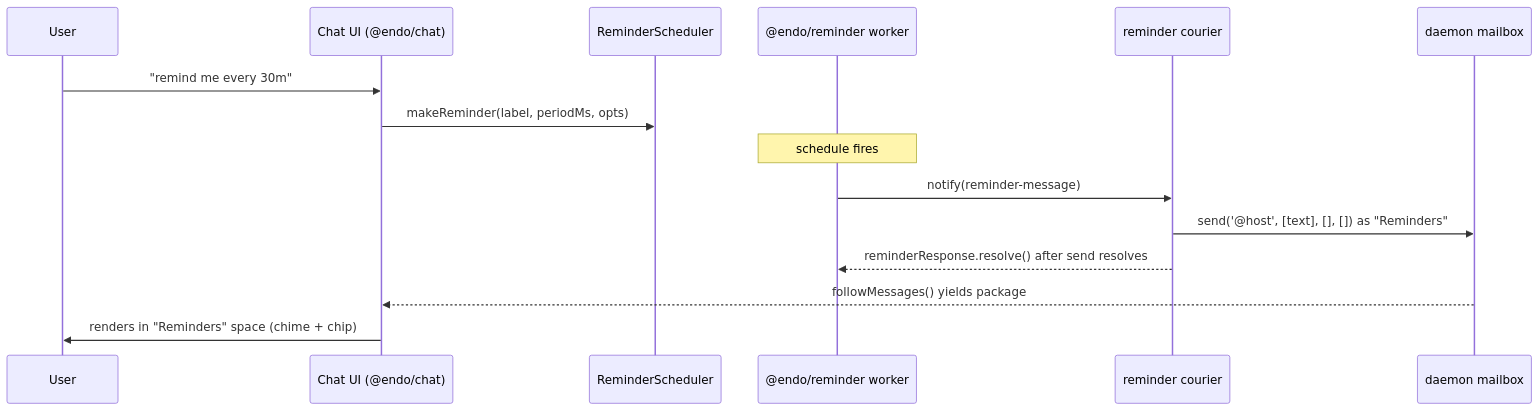
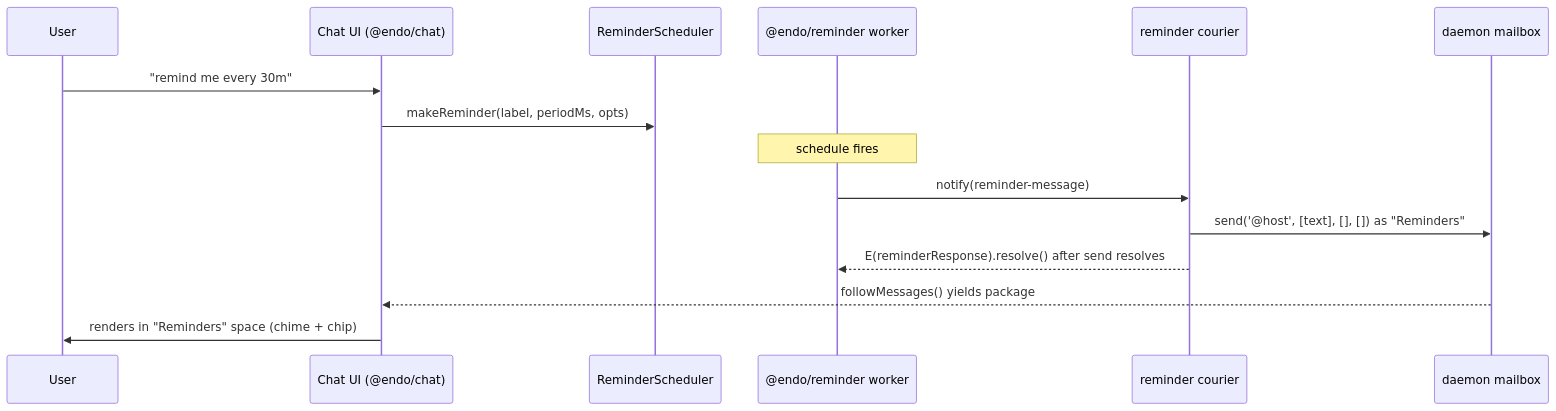
The first of 2 diagrams in designs/reminder-integration-chat.md (endojs/endo-but-for-bots), drawn with Mermaid before and after one commit. The commit also changed other lines of this file and 2 other files, not shown here.

First line of the commit message:
design(reminder-chat): apply gauntlet panel round-1 must-fix items

````diff
--- a/designs/reminder-integration-chat.md
+++ b/designs/reminder-integration-chat.md
@@ -85,17 +86,17 @@
 ```mermaid
 sequenceDiagram
     participant User
     participant UI as Chat UI (@endo/chat)
     participant Scheduler as ReminderScheduler
     participant Plugin as @endo/reminder worker
     participant Courier as reminder courier
     participant Mailbox as daemon mailbox
     User->>UI: "remind me every 30m"
     UI->>Scheduler: makeReminder(label, periodMs, opts)
     Note over Plugin: schedule fires
     Plugin->>Courier: notify(reminder-message)
     Courier->>Mailbox: send('@host', [text], [], []) as "Reminders"
-    Courier-->>Plugin: reminderResponse.resolve() after send resolves
+    Courier-->>Plugin: E(reminderResponse).resolve() after send resolves
     Mailbox-->>UI: followMessages() yields package
     UI->>User: renders in "Reminders" space (chime + chip)
 ```
````
